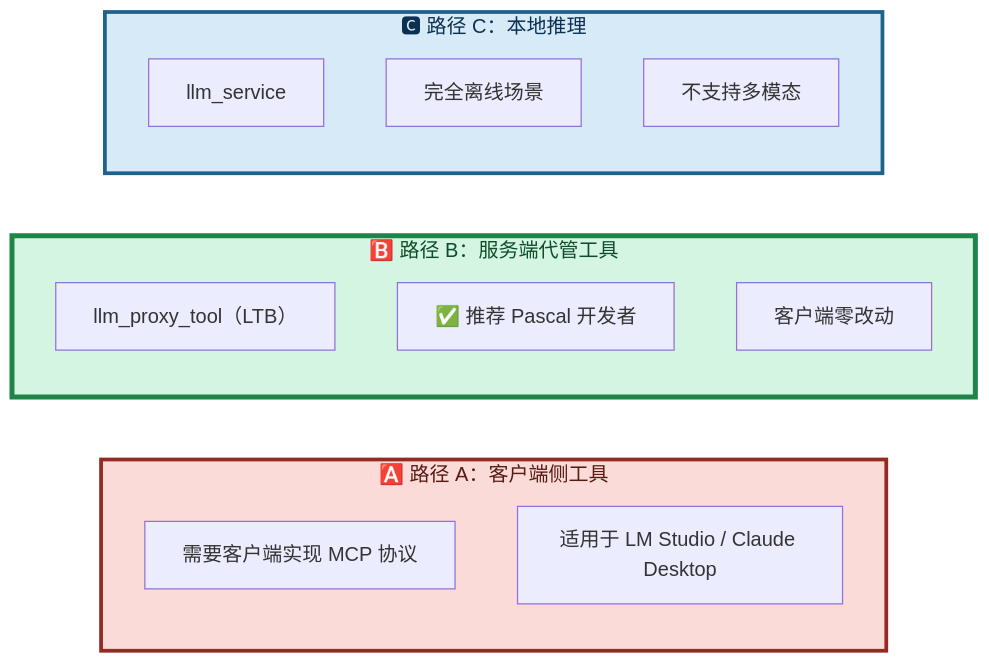
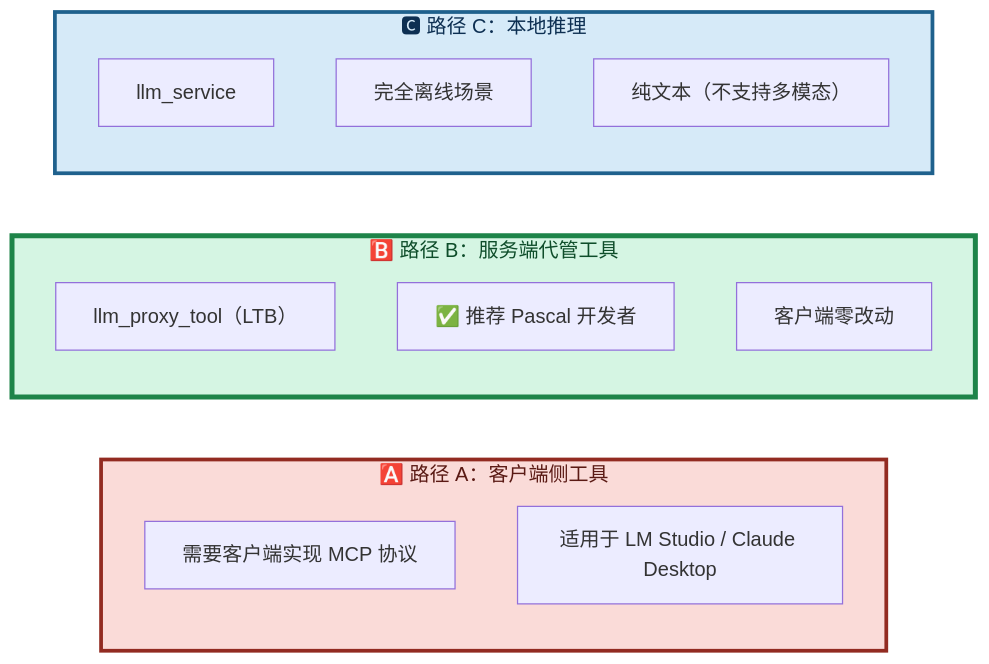
One commit to PassByYou888/LingoFuse-pasAgent-v3 changed the third of 12 diagrams in Pascal_Integration_Guide.md. Above: the diagram before and after it, drawn with Mermaid. The commit also changed other lines of this file, not shown here.

````diff
--- a/Pascal_Integration_Guide.md
+++ b/Pascal_Integration_Guide.md
@@ -140,24 +141,23 @@
 ```mermaid
 flowchart LR
     subgraph PathA["🅰️ 路径 A：客户端侧工具"]
         A1["需要客户端实现 MCP 协议"]
         A2["适用于 LM Studio / Claude Desktop"]
     end
 
     subgraph PathB["🅱️ 路径 B：服务端代管工具"]
         B1["llm_proxy_tool（LTB）"]
         B2["✅ 推荐 Pascal 开发者"]
         B3["客户端零改动"]
     end
 
     subgraph PathC["🅲 路径 C：本地推理"]
         C1["llm_service"]
         C2["完全离线场景"]
-        C3["不支持多模态"]
-
+        C3["纯文本（不支持多模态）"]
     end
 
     style PathA fill:#FADBD8,stroke:#922B21,stroke-width:3px,color:#5A1A14
     style PathB fill:#D5F5E3,stroke:#1E8449,stroke-width:4px,color:#0E4D2A
     style PathC fill:#D6EAF8,stroke:#1F618D,stroke-width:3px,color:#0D2F52
 ```
````
